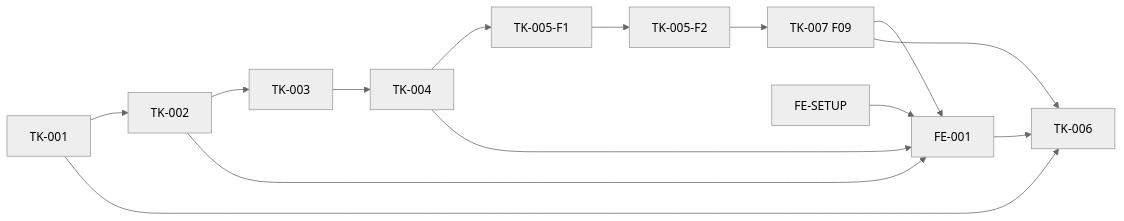
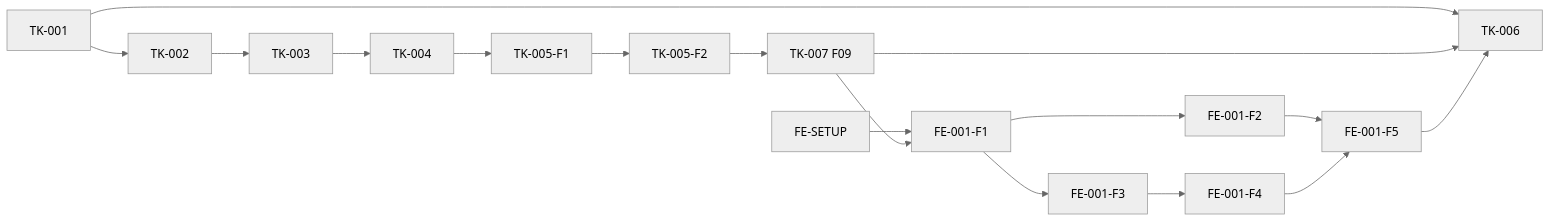
One commit to ThomSchery/DatasetFactory changed the diagram in docs/tickets/INDEX.md. Above: the diagram before and after it, drawn with Mermaid (neutral theme). The commit also changed other lines of this file and 5 other files, not shown here.

````diff
--- a/docs/tickets/INDEX.md
+++ b/docs/tickets/INDEX.md
@@ -56,16 +68,19 @@
 ```mermaid
 graph LR
   A[TK-001] --> C[TK-002]
   C --> D[TK-003]
   D --> E[TK-004]
   E --> F1[TK-005-F1]
   F1 --> F2[TK-005-F2]
   F2 --> I[TK-007 F09]
-  B[FE-SETUP] --> G[FE-001]
-  C --> G
-  E --> G
-  I --> G
+  B[FE-SETUP] --> G1[FE-001-F1]
+  I --> G1
+  G1 --> G2[FE-001-F2]
+  G1 --> G3[FE-001-F3]
+  G3 --> G4[FE-001-F4]
+  G2 --> G5[FE-001-F5]
+  G4 --> G5
   A --> H[TK-006]
   I --> H
-  G --> H
+  G5 --> H
 ```
````
